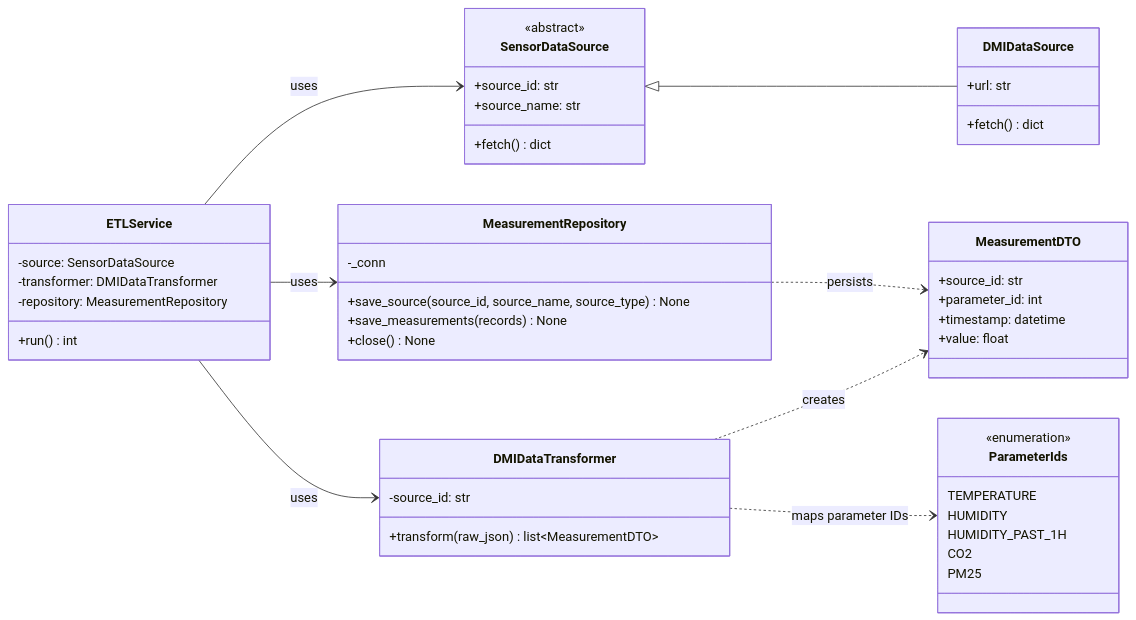
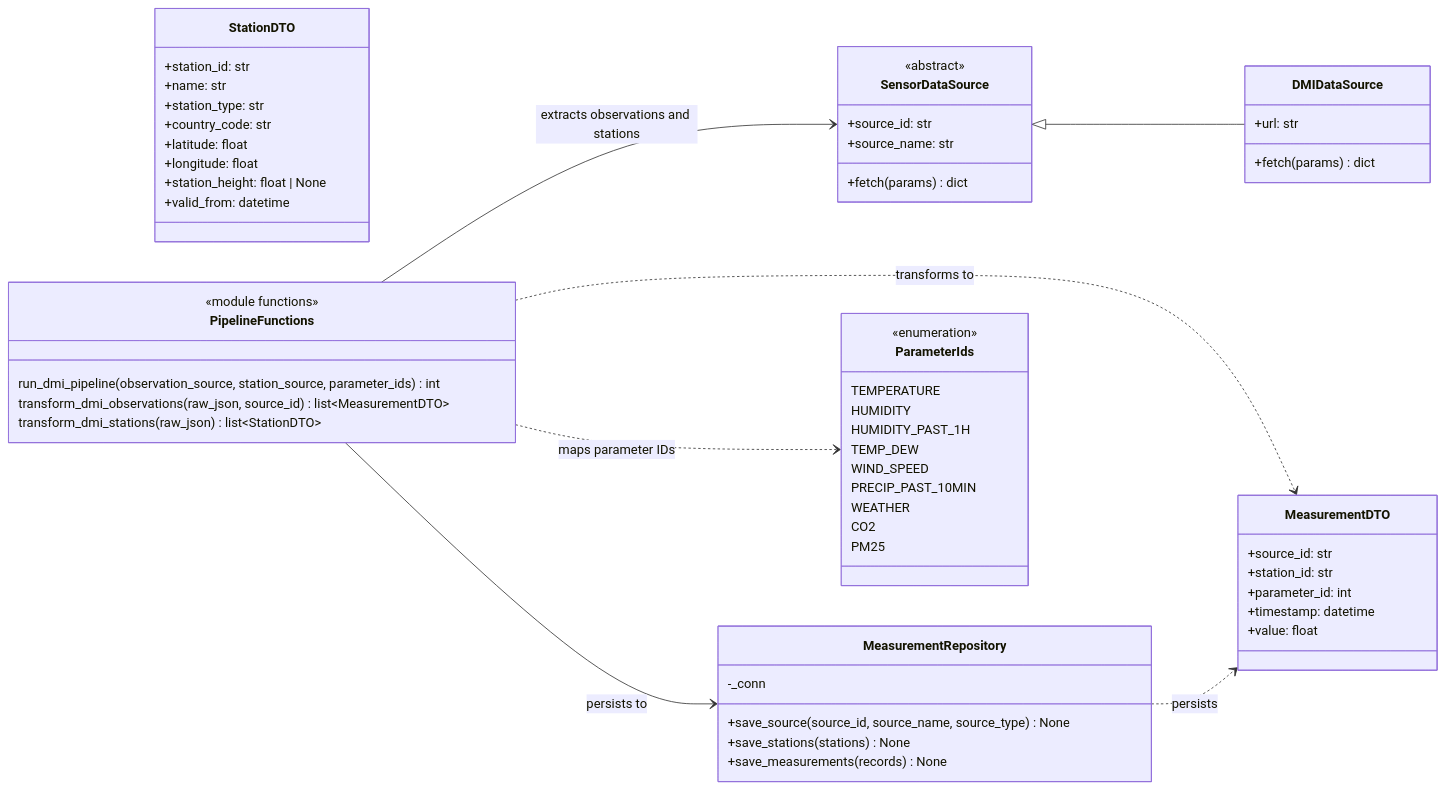
The second of 4 diagrams in README.md (mielouise/environment_data_project), drawn with Mermaid before and after one commit. The commit also changed other lines of this file and 32 other files, not shown here.

````diff
--- a/README.md
+++ b/README.md
@@ -263,60 +375,70 @@
 ```mermaid
 classDiagram
     direction LR
 
     class SensorDataSource {
         <<abstract>>
         +source_id: str
         +source_name: str
-        +fetch() dict
+        +fetch(params) dict
+    }
+
+    class StationDTO {
+        +station_id: str
+        +name: str
+        +station_type: str
+        +country_code: str
+        +latitude: float
+        +longitude: float
+        +station_height: float | None
+        +valid_from: datetime
     }
 
     class DMIDataSource {
         +url: str
-        +fetch() dict
+        +fetch(params) dict
     }
 
-    class ETLService {
-        -source: SensorDataSource
-        -transformer: DMIDataTransformer
-        -repository: MeasurementRepository
-        +run() int
-    }
-
-    class DMIDataTransformer {
-        -source_id: str
-        +transform(raw_json) list~MeasurementDTO~
+    class PipelineFunctions {
+        <<module functions>>
+        run_dmi_pipeline(observation_source, station_source, parameter_ids) int
+        transform_dmi_observations(raw_json, source_id) list~MeasurementDTO~
+        transform_dmi_stations(raw_json) list~StationDTO~
     }
 
     class MeasurementDTO {
         +source_id: str
+        +station_id: str
         +parameter_id: int
         +timestamp: datetime
         +value: float
     }
 
     class MeasurementRepository {
         -_conn
         +save_source(source_id, source_name, source_type) None
+        +save_stations(stations) None
         +save_measurements(records) None
-        +close() None
     }
 
     class ParameterIds {
         <<enumeration>>
         TEMPERATURE
         HUMIDITY
         HUMIDITY_PAST_1H
+        TEMP_DEW
+        WIND_SPEED
+        PRECIP_PAST_10MIN
+        WEATHER
         CO2
         PM25
     }
 
     SensorDataSource <|-- DMIDataSource
 
-    ETLService --> SensorDataSource : uses
-    ETLService --> DMIDataTransformer : uses
-    ETLService --> MeasurementRepository : uses
-    DMIDataTransformer ..> MeasurementDTO : creates
-    DMIDataTransformer ..> ParameterIds : maps parameter IDs
+    PipelineFunctions --> SensorDataSource : extracts observations and stations
+    PipelineFunctions --> MeasurementRepository : persists to
+    PipelineFunctions ..> MeasurementDTO : transforms to
+    PipelineFunctions ..> ParameterIds : maps parameter IDs
     MeasurementRepository ..> MeasurementDTO : persists
 ```
````
